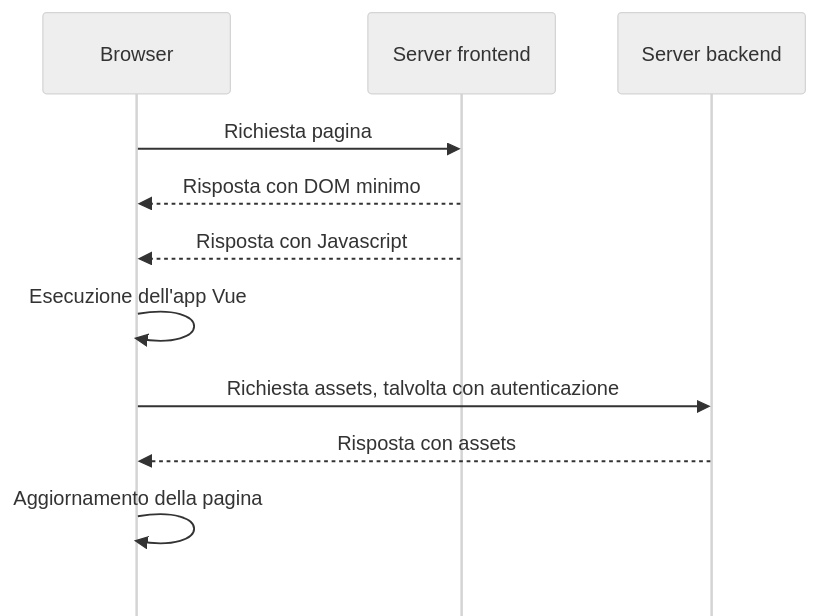
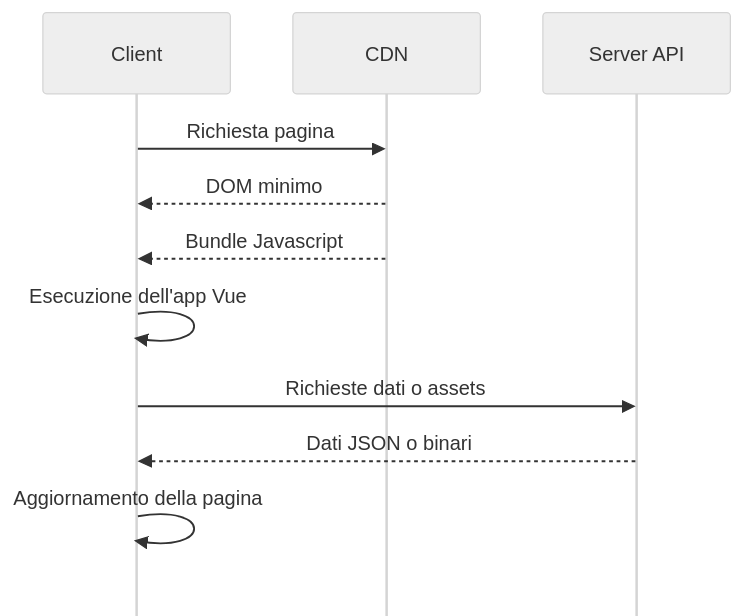
One commit to iacobucci/tesi-triennale changed the third of 7 diagrams in 2-1-nuxt.md. Above: the diagram before and after it, drawn with Mermaid. The commit also changed other lines of this file and 6 other files, not shown here.

````diff
--- a/2-1-nuxt.md
+++ b/2-1-nuxt.md
@@ -384,14 +400,15 @@
 ```mermaid {height=6cm}
 %%{init: {'theme': 'neutral', 'mirrorActors': false} }%%
 sequenceDiagram
-    participant Browser
-    participant Server frontend
-    participant Server backend
-    Browser->>Server frontend: Richiesta pagina
-    Server frontend-->>Browser: Risposta con DOM minimo
-    Server frontend-->>Browser: Risposta con Javascript
-    Browser->>Browser: Esecuzione dell'app Vue
-    Browser->>Server backend: Richiesta assets, talvolta con autenticazione
-    Server backend-->>Browser: Risposta con assets
-    Browser->>Browser: Aggiornamento della pagina
+    participant client as Client
+    participant frontend as CDN
+    participant backend as Server API
+
+    client->>frontend: Richiesta pagina
+    frontend-->>client: DOM minimo
+    frontend-->>client: Bundle Javascript
+    client->>client: Esecuzione dell'app Vue
+    client->>backend: Richieste dati o assets
+    backend-->>client: Dati JSON o binari
+    client->>client: Aggiornamento della pagina
 ```
````
